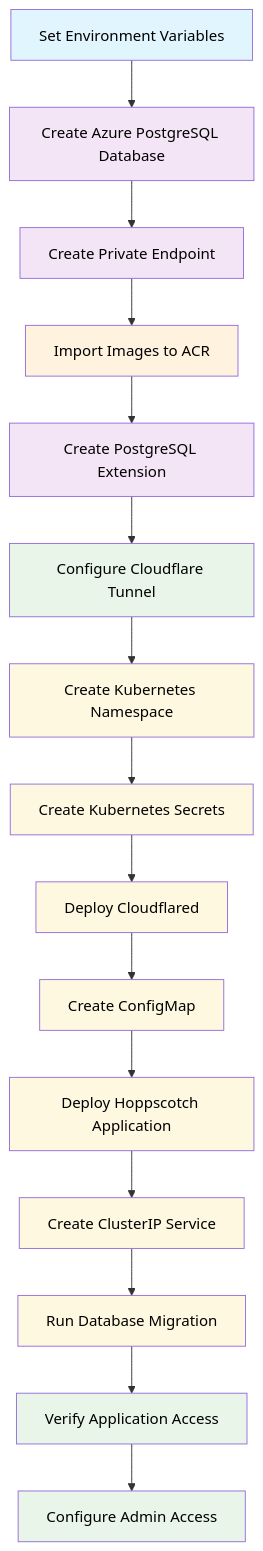
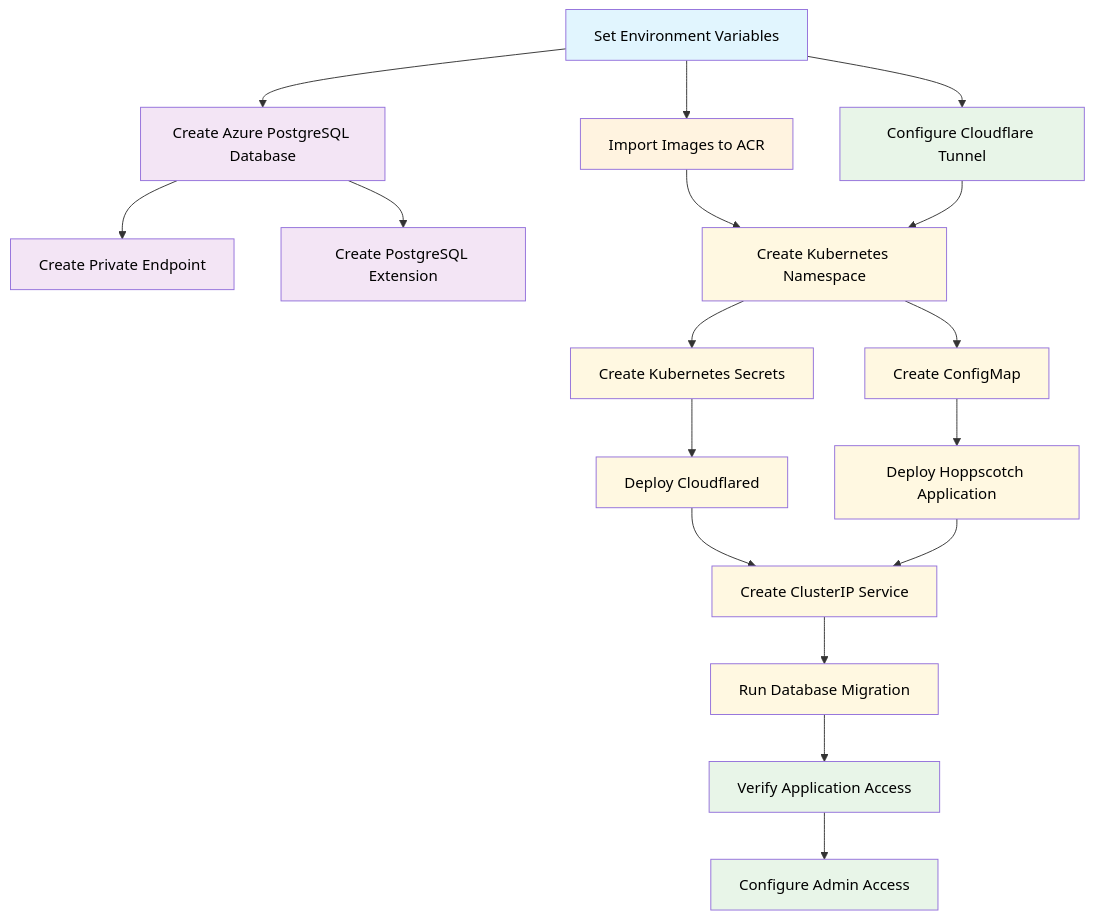
Before and after one commit to nocticdr/hoppscotch-selfhosted-aks: the diagram in readme.md, drawn with Mermaid.

Commit message:
add parallel execution flow

````diff
--- a/readme.md
+++ b/readme.md
@@ -15,33 +15,41 @@
 ```mermaid
 flowchart TD
     A[Set Environment Variables] --> B[Create Azure PostgreSQL Database]
+    A --> D[Import Images to ACR]
+    A --> F[Configure Cloudflare Tunnel]
+    
     B --> C[Create Private Endpoint]
-    C --> D[Import Images to ACR]
-    D --> E[Create PostgreSQL Extension]
-    E --> F[Configure Cloudflare Tunnel]
-    F --> G[Create Kubernetes Namespace]
+    B --> E[Create PostgreSQL Extension]
+    
+    D --> G[Create Kubernetes Namespace]
+    F --> G
+    
     G --> H[Create Kubernetes Secrets]
-    H --> I[Deploy Cloudflared]
-    I --> J[Create ConfigMap]
-    J --> K[Deploy Hoppscotch Application]
-    K --> L[Create ClusterIP Service]
+    G --> I[Create ConfigMap]
+    
+    H --> J[Deploy Cloudflared]
+    I --> K[Deploy Hoppscotch Application]
+    
+    J --> L[Create ClusterIP Service]
+    K --> L
+    
     L --> M[Run Database Migration]
     M --> N[Verify Application Access]
     N --> O[Configure Admin Access]
     
     style A fill:#e1f5fe,color:#000000
     style B fill:#f3e5f5,color:#000000
     style C fill:#f3e5f5,color:#000000
     style D fill:#fff3e0,color:#000000
     style E fill:#f3e5f5,color:#000000
     style F fill:#e8f5e8,color:#000000
     style G fill:#fff8e1,color:#000000
     style H fill:#fff8e1,color:#000000
     style I fill:#fff8e1,color:#000000
     style J fill:#fff8e1,color:#000000
     style K fill:#fff8e1,color:#000000
     style L fill:#fff8e1,color:#000000
     style M fill:#fff8e1,color:#000000
     style N fill:#e8f5e8,color:#000000
     style O fill:#e8f5e8,color:#000000
 ```
````
